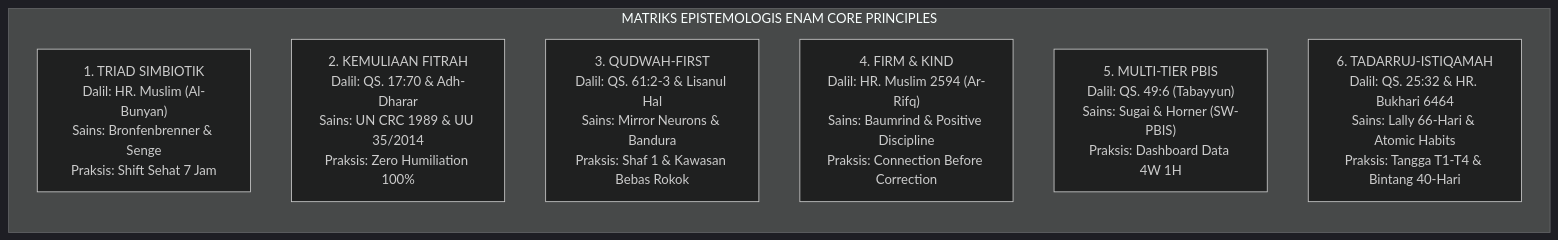
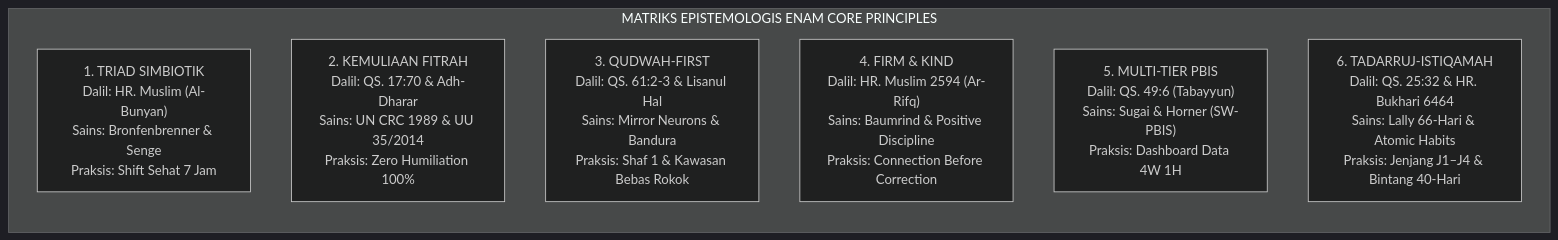
The eighth of 10 diagrams in 02 Principles/01 Core Principles/P2-01-07-Sintesis-Core-Principles-TUMBUH.md (wandiapriliyandi/tumbuh), drawn with Mermaid (dark theme) before and after one commit. The commit also changed other lines of this file and 209 other files, not shown here.

````diff
--- a/02 Principles/01 Core Principles/P2-01-07-Sintesis-Core-Principles-TUMBUH.md
+++ b/02 Principles/01 Core Principles/P2-01-07-Sintesis-Core-Principles-TUMBUH.md
@@ -357,11 +357,11 @@
 ```mermaid
 graph LR
     subgraph MatriksEnamCorePrinciples["MATRIKS EPISTEMOLOGIS ENAM CORE PRINCIPLES"]
         CP1["1. TRIAD SIMBIOTIK<br/>Dalil: HR. Muslim (Al-Bunyan)<br/>Sains: Bronfenbrenner & Senge<br/>Praksis: Shift Sehat 7 Jam"]
         CP2["2. KEMULIAAN FITRAH<br/>Dalil: QS. 17:70 & Adh-Dharar<br/>Sains: UN CRC 1989 & UU 35/2014<br/>Praksis: Zero Humiliation 100%"]
         CP3["3. QUDWAH-FIRST<br/>Dalil: QS. 61:2-3 & Lisanul Hal<br/>Sains: Mirror Neurons & Bandura<br/>Praksis: Shaf 1 & Kawasan Bebas Rokok"]
         CP4["4. FIRM & KIND<br/>Dalil: HR. Muslim 2594 (Ar-Rifq)<br/>Sains: Baumrind & Positive Discipline<br/>Praksis: Connection Before Correction"]
         CP5["5. MULTI-TIER PBIS<br/>Dalil: QS. 49:6 (Tabayyun)<br/>Sains: Sugai & Horner (SW-PBIS)<br/>Praksis: Dashboard Data 4W 1H"]
-        CP6["6. TADARRUJ-ISTIQAMAH<br/>Dalil: QS. 25:32 & HR. Bukhari 6464<br/>Sains: Lally 66-Hari & Atomic Habits<br/>Praksis: Tangga T1-T4 & Bintang 40-Hari"]
+        CP6["6. TADARRUJ-ISTIQAMAH<br/>Dalil: QS. 25:32 & HR. Bukhari 6464<br/>Sains: Lally 66-Hari & Atomic Habits<br/>Praksis: Jenjang J1–J4 & Bintang 40-Hari"]
     end
 ```
````
